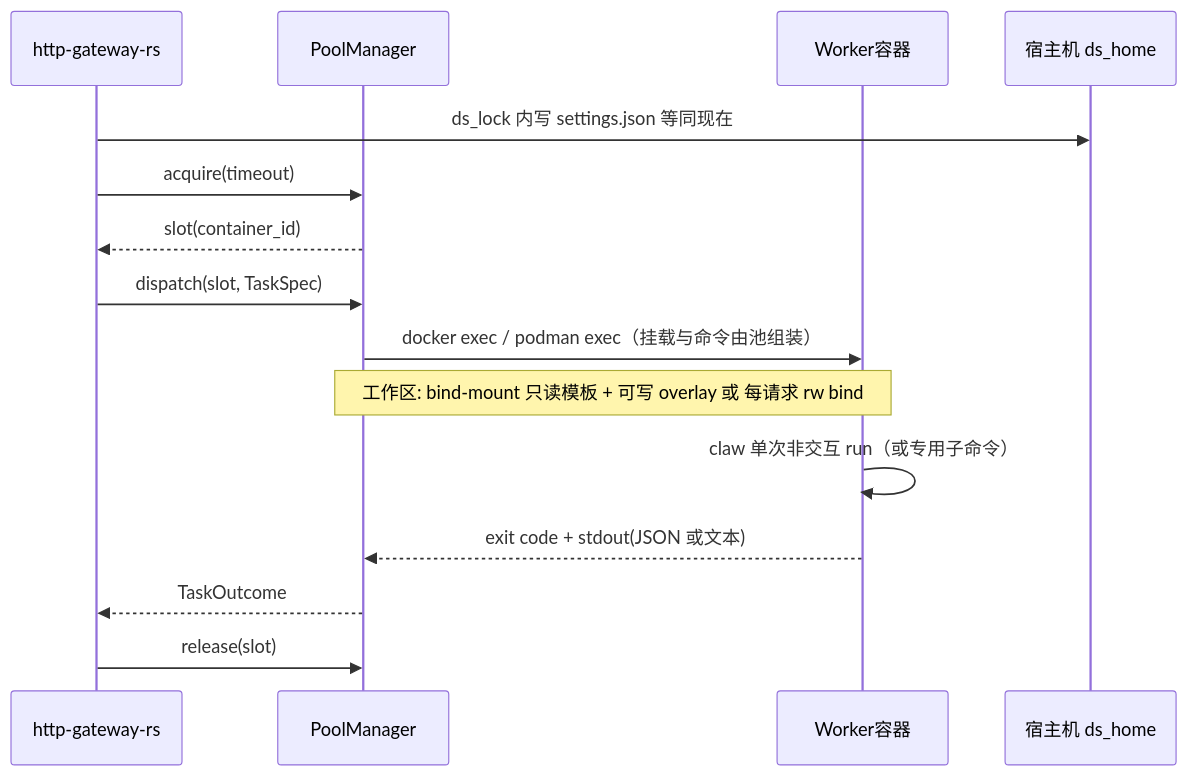
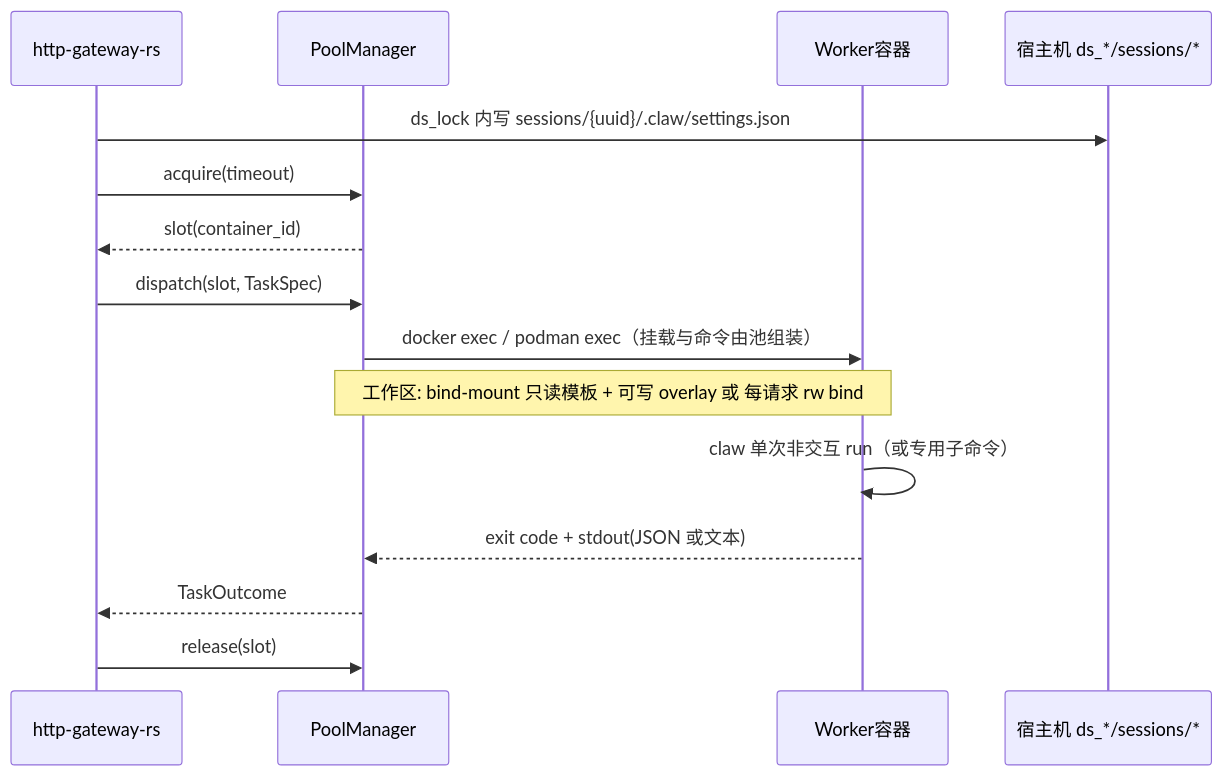
One commit to passionke/claw-code changed the diagram in docs/http-gateway-container-pool.md. Above: the diagram before and after it, drawn with Mermaid. The commit also changed other lines of this file and 3 other files, not shown here.

````diff
--- a/docs/http-gateway-container-pool.md
+++ b/docs/http-gateway-container-pool.md
@@ -38,18 +38,18 @@
 ```mermaid
 sequenceDiagram
     participant GW as http-gateway-rs
     participant Pool as PoolManager
     participant C as Worker容器
-    participant FS as 宿主机 ds_home
+    participant FS as 宿主机 ds_*/sessions/*
 
-    GW->>FS: ds_lock 内写 settings.json 等同现在
+    GW->>FS: ds_lock 内写 sessions/{uuid}/.claw/settings.json
     GW->>Pool: acquire(timeout)
     Pool-->>GW: slot(container_id)
     GW->>Pool: dispatch(slot, TaskSpec)
     Pool->>C: docker exec / podman exec（挂载与命令由池组装）
     Note over Pool,C: 工作区: bind-mount 只读模板 + 可写 overlay 或 每请求 rw bind
     C->>C: claw 单次非交互 run（或专用子命令）
     C-->>Pool: exit code + stdout(JSON 或文本)
     Pool-->>GW: TaskOutcome
     GW->>Pool: release(slot)
 ```
````
